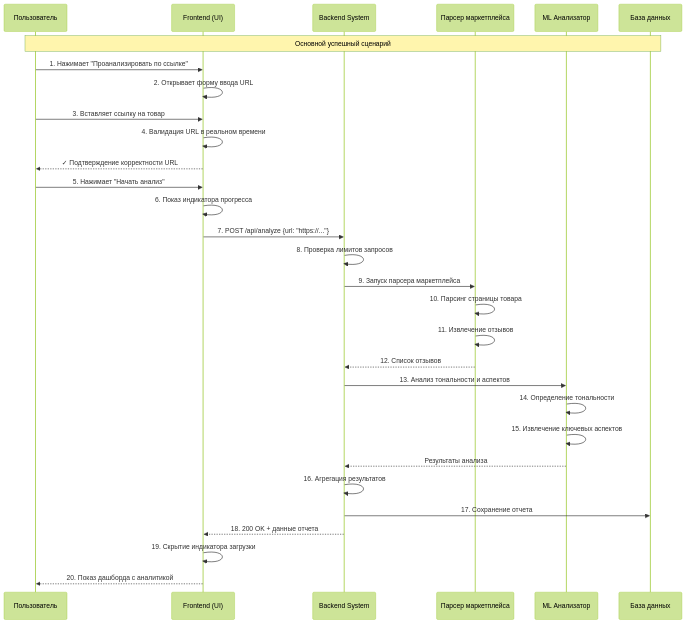
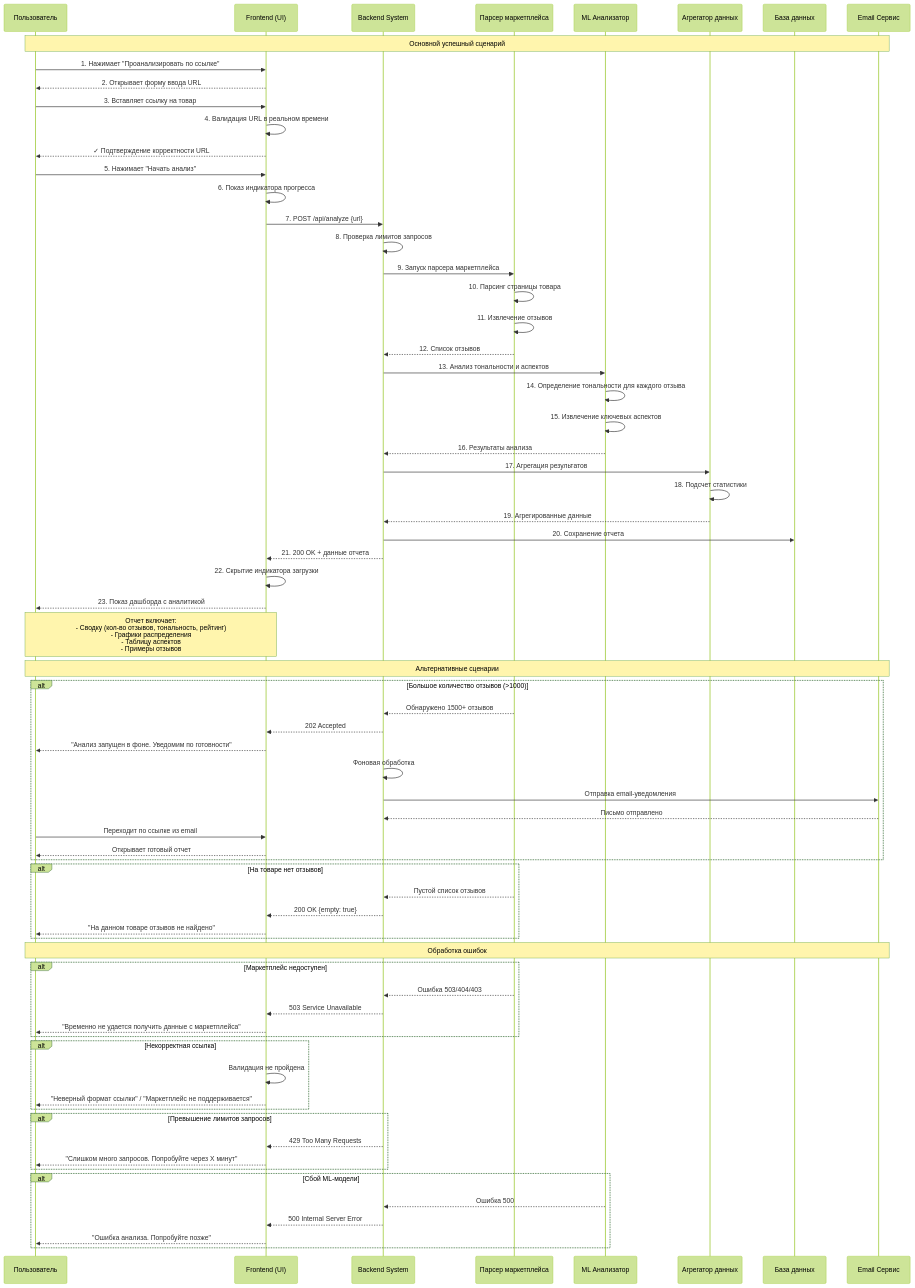
The diagram in docs/use-cases.md (vstu-sii/bachelor-2025-team-berries), drawn with Mermaid (forest theme) before and after one commit. The commit also changed other lines of this file, not shown here.

````diff
--- a/docs/use-cases.md
+++ b/docs/use-cases.md
@@ -112,11 +114,14 @@
     participant Backend as Backend System
     participant Parser as Парсер маркетплейса
     participant ML as ML Анализатор
+    participant Aggregator as Агрегатор данных
     participant DB as База данных
+    participant EmailService as Email Сервис
 
-    Note over User,DB: Основной успешный сценарий
+    Note over User,EmailService: Основной успешный сценарий
+    
     User->>Frontend: 1. Нажимает "Проанализировать по ссылке"
-    Frontend->>Frontend: 2. Открывает форму ввода URL
+    Frontend-->>User: 2. Открывает форму ввода URL
     
     User->>Frontend: 3. Вставляет ссылку на товар
     Frontend->>Frontend: 4. Валидация URL в реальном времени
@@ -124,8 +129,7 @@
     
     User->>Frontend: 5. Нажимает "Начать анализ"
     Frontend->>Frontend: 6. Показ индикатора прогресса
-    
-    Frontend->>Backend: 7. POST /api/analyze {url: "https://..."}
+    Frontend->>Backend: 7. POST /api/analyze {url}
     
     Backend->>Backend: 8. Проверка лимитов запросов
     
@@ -135,14 +139,61 @@
     Parser-->>Backend: 12. Список отзывов
     
     Backend->>ML: 13. Анализ тональности и аспектов
-    ML->>ML: 14. Определение тональности
+    ML->>ML: 14. Определение тональности для каждого отзыва
     ML->>ML: 15. Извлечение ключевых аспектов
-    ML-->>Backend: Результаты анализа
+    ML-->>Backend: 16. Результаты анализа
     
-    Backend->>Backend: 16. Агрегация результатов
-    Backend->>DB: 17. Сохранение отчета
+    Backend->>Aggregator: 17. Агрегация результатов
+    Aggregator->>Aggregator: 18. Подсчет статистики
+    Aggregator-->>Backend: 19. Агрегированные данные
     
-    Backend-->>Frontend: 18. 200 OK + данные отчета
-    Frontend->>Frontend: 19. Скрытие индикатора загрузки
-    Frontend-->>User: 20. Показ дашборда с аналитикой
+    Backend->>DB: 20. Сохранение отчета
+    Backend-->>Frontend: 21. 200 OK + данные отчета
+    Frontend->>Frontend: 22. Скрытие индикатора загрузки
+    Frontend-->>User: 23. Показ дашборда с аналитикой
+
+    Note over Frontend,User: Отчет включает:<br/>- Сводку (кол-во отзывов, тональность, рейтинг)<br/>- Графики распределения<br/>- Таблицу аспектов<br/>- Примеры отзывов
+
+    Note over User,EmailService: Альтернативные сценарии
+
+    alt Большое количество отзывов (>1000)
+        Parser-->>Backend: Обнаружено 1500+ отзывов
+        Backend-->>Frontend: 202 Accepted
+        Frontend-->>User: "Анализ запущен в фоне. Уведомим по готовности"
+        Backend->>Backend: Фоновая обработка
+        Backend->>EmailService: Отправка email-уведомления
+        EmailService-->>Backend: Письмо отправлено
+        User->>Frontend: Переходит по ссылке из email
+        Frontend-->>User: Открывает готовый отчет
+    end
+
+    alt На товаре нет отзывов
+        Parser-->>Backend: Пустой список отзывов
+        Backend-->>Frontend: 200 OK {empty: true}
+        Frontend-->>User: "На данном товаре отзывов не найдено"
+    end
+
+    Note over User,EmailService: Обработка ошибок
+
+    alt Маркетплейс недоступен
+        Parser-->>Backend: Ошибка 503/404/403
+        Backend-->>Frontend: 503 Service Unavailable
+        Frontend-->>User: "Временно не удается получить данные с маркетплейса"
+    end
+
+    alt Некорректная ссылка
+        Frontend->>Frontend: Валидация не пройдена
+        Frontend-->>User: "Неверный формат ссылки" / "Маркетплейс не поддерживается"
+    end
+
+    alt Превышение лимитов запросов
+        Backend-->>Frontend: 429 Too Many Requests
+        Frontend-->>User: "Слишком много запросов. Попробуйте через X минут"
+    end
+
+    alt Сбой ML-модели
+        ML-->>Backend: Ошибка 500
+        Backend-->>Frontend: 500 Internal Server Error
+        Frontend-->>User: "Ошибка анализа. Попробуйте позже"
+    end
 ```
````
